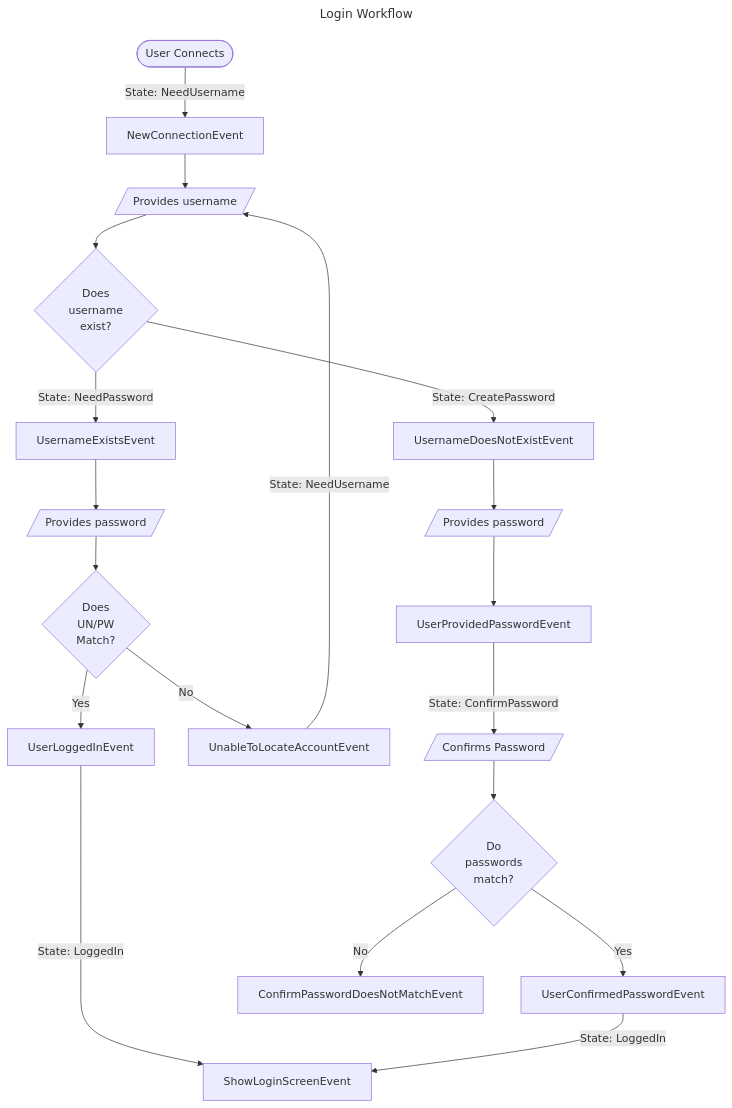
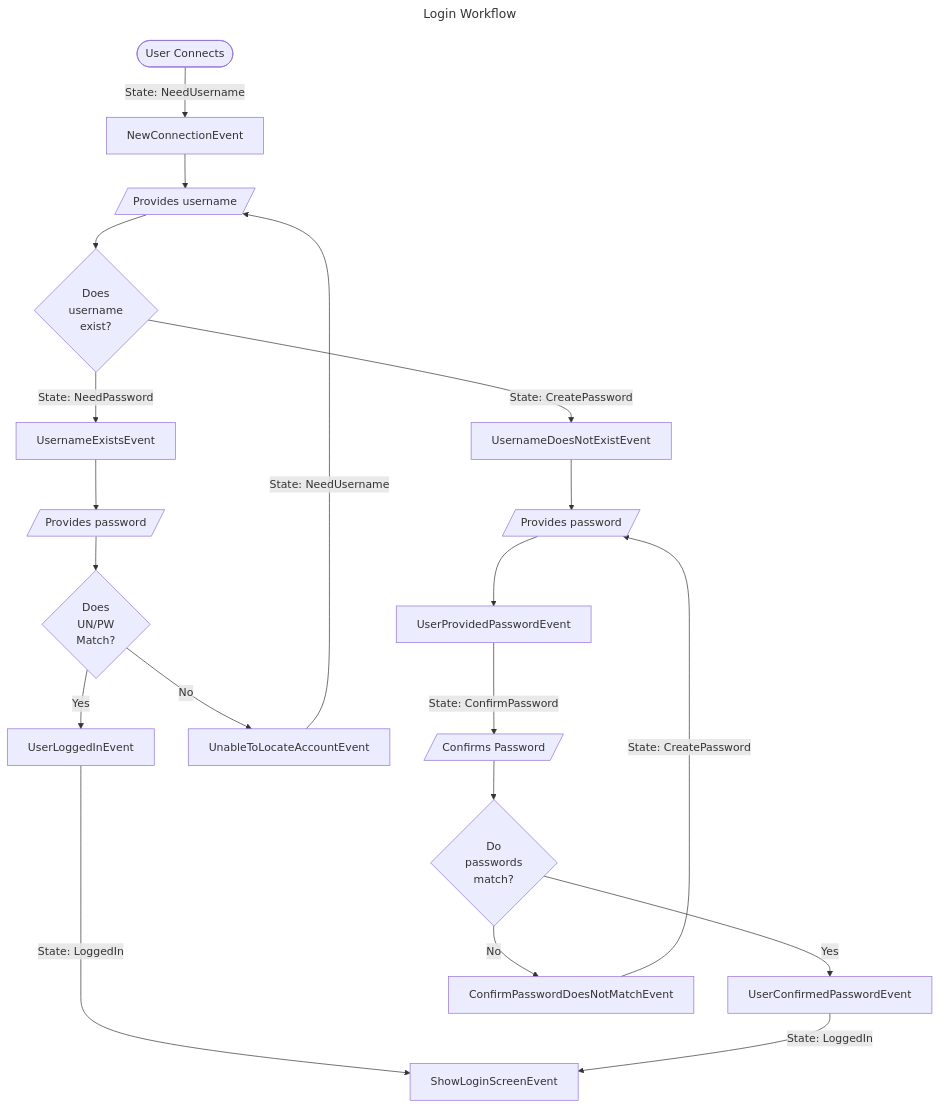
One commit to codeacula/rinora-mud changed the diagram in _docs/LoginProcess.md. Above: the diagram before and after it, drawn with Mermaid.

Commit message:
Adding current progress

````diff
--- a/_docs/LoginProcess.md
+++ b/_docs/LoginProcess.md
@@ -1,27 +1,28 @@
 ```mermaid
 ---
 title: Login Workflow
 ---
 flowchart
 
 Start([User Connects]) -->|State: NeedUsername| NewConn[NewConnectionEvent]
 NewConn --> ProvideUsername[/Provides username/]
 ProvideUsername --> DoesUnExist{Does\nusername\nexist?}
 DoesUnExist -->|State: NeedPassword| UsernameExists[UsernameExistsEvent]
 DoesUnExist -->|State: CreatePassword| UsernameNoExists[UsernameDoesNotExistEvent]
 
 UsernameExists --> ProvidesPassword1[/Provides password/]
 ProvidesPassword1 --> CheckAccount{Does\nUN/PW\nMatch?}
-CheckAccount -->|Yes| UserLoggedInEvent 
+CheckAccount -->|Yes| UserLoggedInEvent
 CheckAccount -->|No| UnableToLocateAccountEvent
 UnableToLocateAccountEvent -->|State: NeedUsername| ProvideUsername
-UserLoggedInEvent -->|State: LoggedIn| ShowLoginScreenEvent 
+UserLoggedInEvent -->|State: LoggedIn| ShowLoginScreenEvent
 
 UsernameNoExists --> ProvidesPassword2[/Provides password/]
 ProvidesPassword2 --> UserProvidedPasswordEvent
 UserProvidedPasswordEvent -->|State: ConfirmPassword| ConfirmsPassword[/Confirms Password/]
 ConfirmsPassword --> DoTheyMatch{Do\npasswords\nmatch?}
 DoTheyMatch -->|Yes| UserConfirmedPasswordEvent
 DoTheyMatch -->|No| ConfirmPasswordDoesNotMatchEvent
-UserConfirmedPasswordEvent -->|State: LoggedIn| ShowLoginScreenEvent 
+UserConfirmedPasswordEvent -->|State: LoggedIn| ShowLoginScreenEvent
+ConfirmPasswordDoesNotMatchEvent -->|State: CreatePassword| ProvidesPassword2
 ```
````
